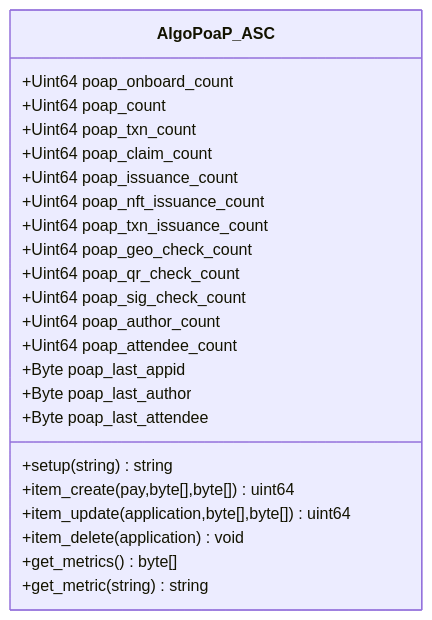
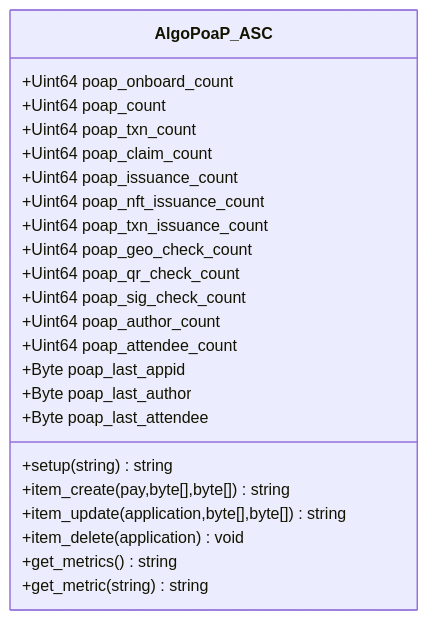
The eighth of 10 diagrams in profile/README.md (GoPlausible/.github), drawn with Mermaid before and after one commit.

````diff
--- a/profile/README.md
+++ b/profile/README.md
@@ -385,28 +385,28 @@
 ```mermaid
   classDiagram
     class AlgoPoaP_ASC
     AlgoPoaP_ASC : +Uint64 poap_onboard_count
     AlgoPoaP_ASC : +Uint64 poap_count
     AlgoPoaP_ASC : +Uint64 poap_txn_count
     AlgoPoaP_ASC : +Uint64 poap_claim_count
     AlgoPoaP_ASC : +Uint64 poap_issuance_count
     AlgoPoaP_ASC : +Uint64 poap_nft_issuance_count
     AlgoPoaP_ASC : +Uint64 poap_txn_issuance_count
 
     AlgoPoaP_ASC : +Uint64 poap_geo_check_count
     AlgoPoaP_ASC : +Uint64 poap_qr_check_count
     AlgoPoaP_ASC : +Uint64 poap_sig_check_count
 
     AlgoPoaP_ASC : +Uint64 poap_author_count
     AlgoPoaP_ASC : +Uint64 poap_attendee_count
     AlgoPoaP_ASC : +Byte poap_last_appid
     AlgoPoaP_ASC : +Byte poap_last_author
     AlgoPoaP_ASC : +Byte poap_last_attendee
     AlgoPoaP_ASC : +setup(string)string
-    AlgoPoaP_ASC : +item_create(pay,byte[],byte[])uint64
-    AlgoPoaP_ASC : +item_update(application,byte[],byte[])uint64
+    AlgoPoaP_ASC : +item_create(pay,byte[],byte[])string
+    AlgoPoaP_ASC : +item_update(application,byte[],byte[])string
     AlgoPoaP_ASC : +item_delete(application)void
-    AlgoPoaP_ASC : +get_metrics()byte[]
+    AlgoPoaP_ASC : +get_metrics()string
     AlgoPoaP_ASC : +get_metric(string)string
     
 ```
````
